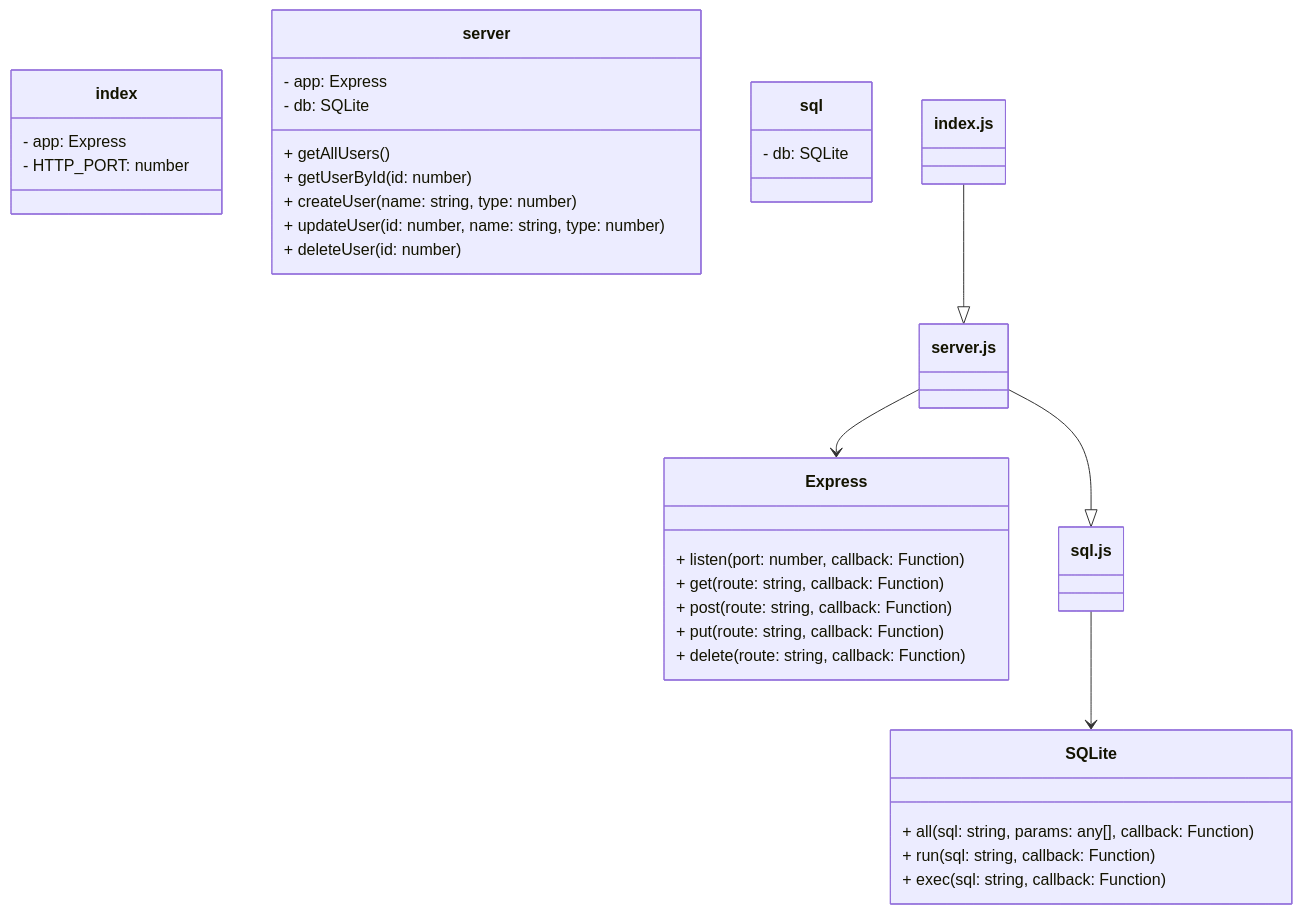
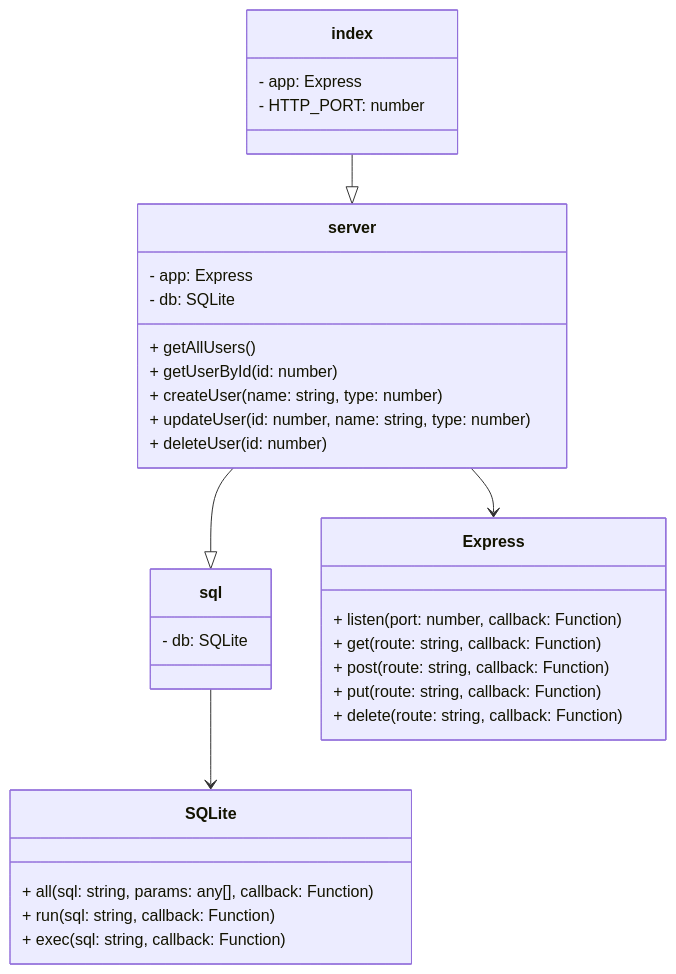
The first of 3 diagrams in README.md (noneda/ApiTestExpress), drawn with Mermaid before and after one commit.

Commit message:
App: README Corr

````diff
--- a/README.md
+++ b/README.md
@@ -59,36 +59,36 @@
 ```mermaid
 classDiagram
     class index{
         - app: Express
         - HTTP_PORT: number
     }
     class server{
         - app: Express
         - db: SQLite
         + getAllUsers()
         + getUserById(id: number)
         + createUser(name: string, type: number)
         + updateUser(id: number, name: string, type: number)
         + deleteUser(id: number)
     }
     class sql{
         - db: SQLite
     }
     class Express {
         + listen(port: number, callback: Function)
         + get(route: string, callback: Function)
         + post(route: string, callback: Function)
         + put(route: string, callback: Function)
         + delete(route: string, callback: Function)
     }
     class SQLite {
         + all(sql: string, params: any[], callback: Function)
         + run(sql: string, callback: Function)
         + exec(sql: string, callback: Function)
     }
 
-    index.js --|> server.js
-    server.js --|> sql.js
-    server.js --> Express
-    sql.js --> SQLite
+    index --|> server
+    server --|> sql
+    server --> Express
+    sql --> SQLite
 ```
````
